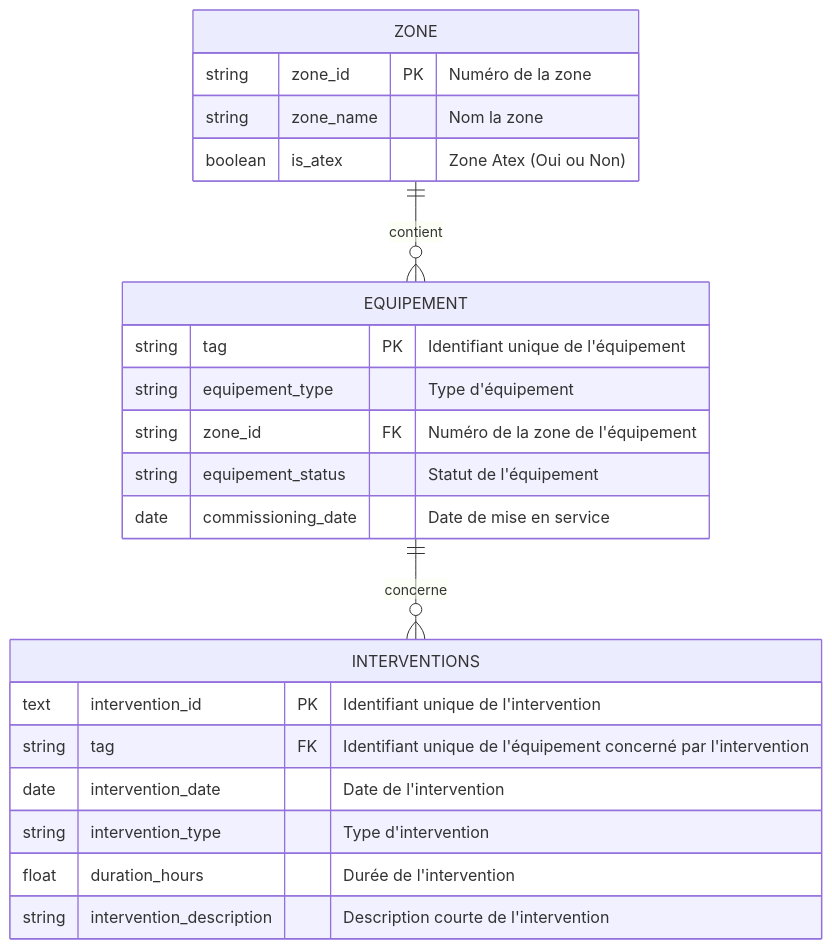
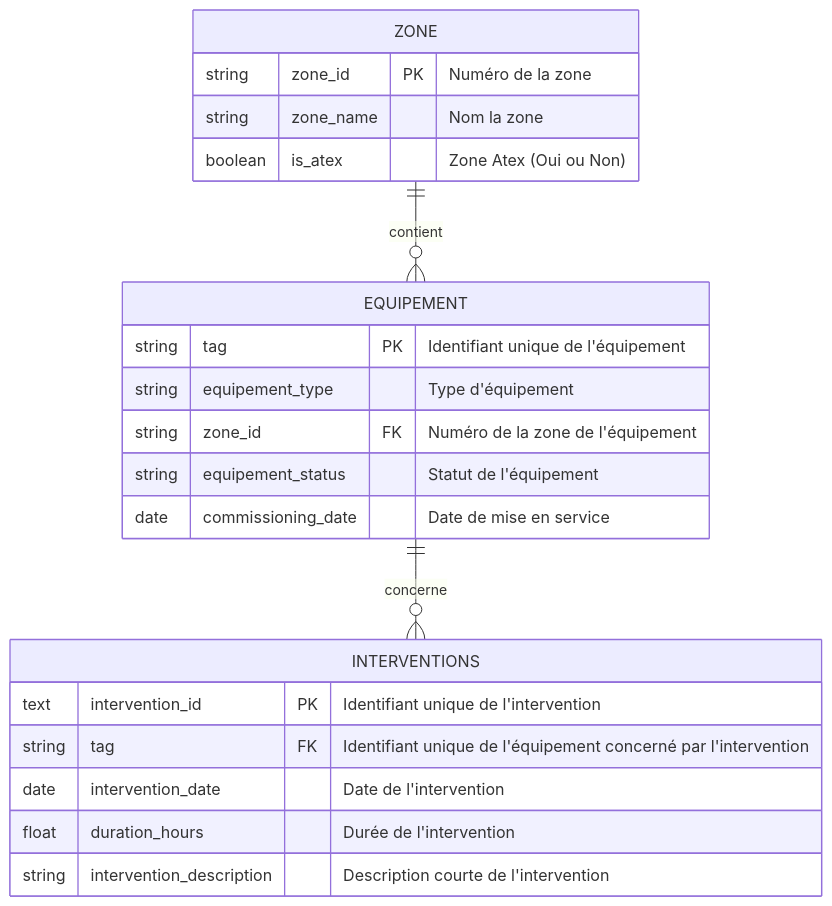
Before and after one commit to OursBlanc42/SQLdemo: the diagram in README.md, drawn with Mermaid. The commit also changed 3 other files, not shown here.

````diff
--- a/README.md
+++ b/README.md
@@ -19,28 +19,27 @@
 ```mermaid
 erDiagram
     ZONE {
         string zone_id PK "Numéro de la zone"
         string zone_name "Nom la zone"
         boolean is_atex "Zone Atex (Oui ou Non)"
     }
 
     EQUIPEMENT {
         string tag PK "Identifiant unique de l'équipement"
         string equipement_type "Type d'équipement"
         string zone_id FK "Numéro de la zone de l'équipement"
         string equipement_status "Statut de l'équipement"
         date commissioning_date "Date de mise en service"
     }
 
     INTERVENTIONS {
         text intervention_id PK "Identifiant unique de l'intervention"
         string tag FK "Identifiant unique de l'équipement concerné par l'intervention"
         date intervention_date "Date de l'intervention"
-        string intervention_type "Type d'intervention"
         float duration_hours "Durée de l'intervention"
         string intervention_description "Description courte de l'intervention"
     }
 
     ZONE ||--o{ EQUIPEMENT : contient
     EQUIPEMENT ||--o{ INTERVENTIONS : concerne
 ```
````
